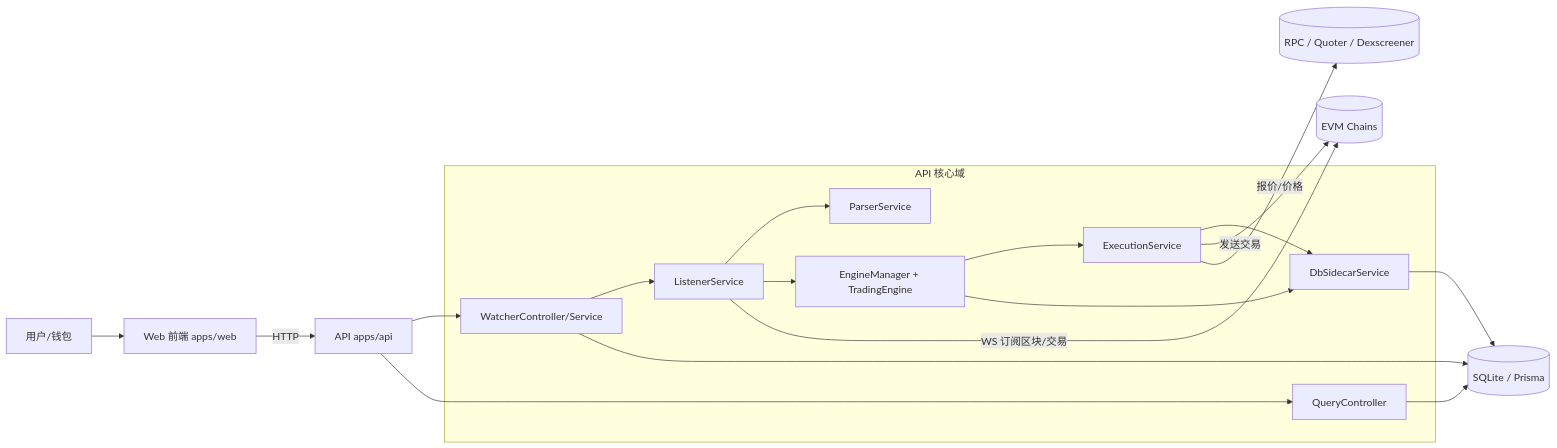
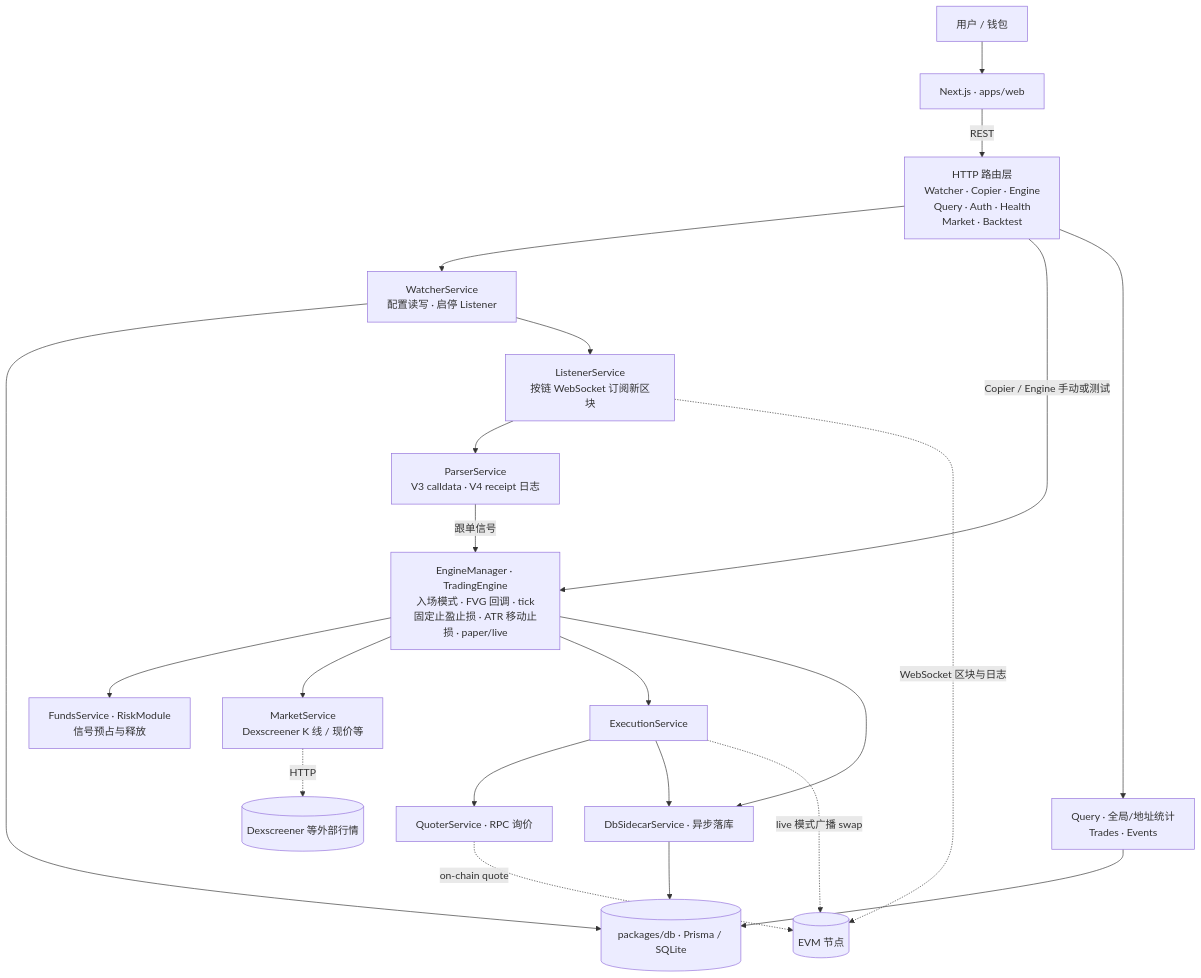
The diagram in README.md (fulinpeng/chainquant), drawn with Mermaid before and after one commit. The commit also changed other lines of this file, not shown here.

Commit message:
docs: refresh README architecture (vertical Mermaid) and notes

````diff
--- a/README.md
+++ b/README.md
@@ -57,32 +58,31 @@
 ```mermaid
-flowchart LR
-  U[用户/钱包] --> W[Web 前端 apps/web]
-  W -->|HTTP| A[API apps/api]
+flowchart TB
+  U[用户 / 钱包] --> W[Next.js · apps/web]
+  W -->|REST| R[HTTP 路由层<br/>Watcher · Copier · Engine<br/>Query · Auth · Health<br/>Market · Backtest]
 
-  subgraph API 核心域
-    WC[WatcherController/Service]
-    LS[ListenerService]
-    PS[ParserService]
-    EM[EngineManager + TradingEngine]
-    ES[ExecutionService]
-    QS[QueryController]
-    DS[DbSidecarService]
-  end
+  R --> WS[WatcherService<br/>配置读写 · 启停 Listener]
+  WS --> DB[(packages/db · Prisma / SQLite)]
+  WS --> LS[ListenerService<br/>按链 WebSocket 订阅新区块]
 
-  A --> WC
-  A --> QS
-  WC --> LS
-  LS --> PS
-  LS --> EM
-  EM --> ES
-  EM --> DS
-  ES --> DS
+  LS --> PS[ParserService<br/>V3 calldata · V4 receipt 日志]
+  PS -->|跟单信号| EM[EngineManager · TradingEngine<br/>入场模式 · FVG 回调 · tick<br/>固定止盈止损 · ATR 移动止损 · paper/live]
 
-  LS -->|WS 订阅区块/交易| CH[(EVM Chains)]
-  ES -->|发送交易| CH
-  ES -->|报价/价格| DX[(RPC / Quoter / Dexscreener)]
+  R -->|Copier / Engine 手动或测试| EM
 
-  DS --> DB[(SQLite / Prisma)]
-  QS --> DB
-  WC --> DB
+  EM --> FD[FundsService · RiskModule<br/>信号预占与释放]
+  EM --> MK[MarketService<br/>Dexscreener K 线 / 现价等]
+  EM --> EX[ExecutionService]
+  EX --> QU[QuoterService · RPC 询价]
+
+  EM --> DC[DbSidecarService · 异步落库]
+  EX --> DC
+  DC --> DB
+
+  R --> QY[Query · 全局/地址统计<br/>Trades · Events]
+  QY --> DB
+
+  LS -. WebSocket 区块与日志 .-> CH[(EVM 节点)]
+  EX -. live 模式广播 swap .-> CH
+  QU -. on-chain quote .-> CH
+  MK -. HTTP .-> DX[(Dexscreener 等外部行情)]
 ```
````
